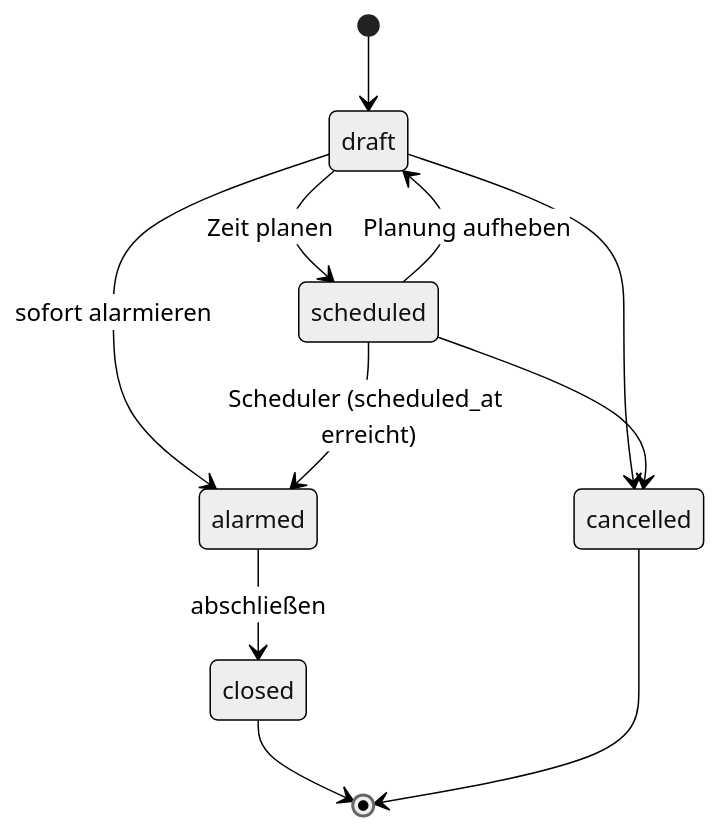
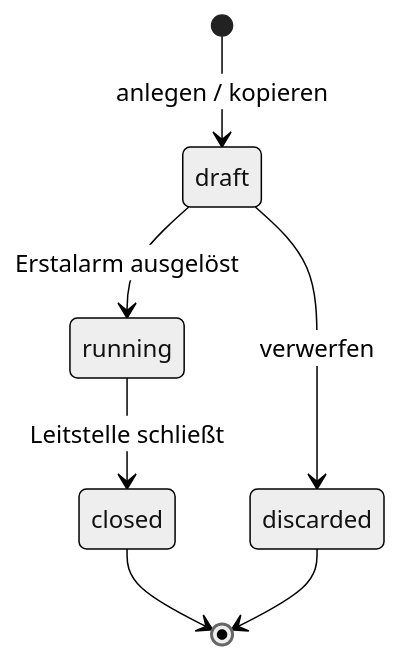
The second of 3 diagrams in docs/03-datenmodell.md (hoelzlm/better-bf-tag), drawn with Mermaid (neutral theme) before and after one commit. The commit also changed other lines of this file and 13 other files, not shown here.

````diff
--- a/docs/03-datenmodell.md
+++ b/docs/03-datenmodell.md
@@ -180,13 +265,9 @@
 ```mermaid
 stateDiagram-v2
-    [*] --> draft
-    draft --> scheduled : Zeit planen
-    scheduled --> draft : Planung aufheben
-    draft --> alarmed : sofort alarmieren
-    scheduled --> alarmed : Scheduler (scheduled_at erreicht)
-    alarmed --> closed : abschließen
-    draft --> cancelled
-    scheduled --> cancelled
+    [*] --> draft : anlegen / kopieren
+    draft --> running : Erstalarm ausgelöst
+    draft --> discarded : verwerfen
+    running --> closed : Leitstelle schließt
     closed --> [*]
-    cancelled --> [*]
+    discarded --> [*]
 ```
````
